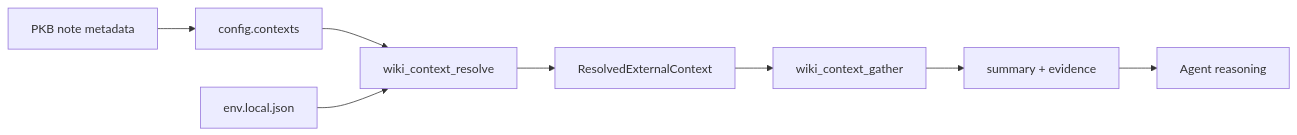
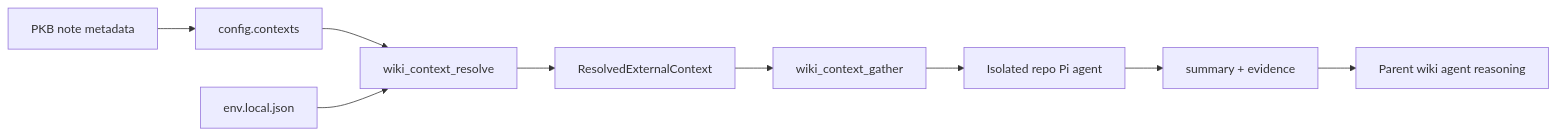
One commit to zhazhazuo/pi-brain-wiki changed the diagram in repoWiki/06_features/external-context.md. Above: the diagram before and after it, drawn with Mermaid. The commit also changed other lines of this file and 17 other files, not shown here.

````diff
--- a/repoWiki/06_features/external-context.md
+++ b/repoWiki/06_features/external-context.md
@@ -11,10 +11,11 @@
 ```mermaid
 flowchart LR
     Note[PKB note metadata] --> Registry[config.contexts]
     Registry --> Resolve[wiki_context_resolve]
     Env[env.local.json] --> Resolve
     Resolve --> Descriptor[ResolvedExternalContext]
     Descriptor --> Gather[wiki_context_gather]
-    Gather --> Evidence[summary + evidence]
-    Evidence --> Agent[Agent reasoning]
+    Gather --> RepoAgent[Isolated repo Pi agent]
+    RepoAgent --> Evidence[summary + evidence]
+    Evidence --> Agent[Parent wiki agent reasoning]
 ```
````
